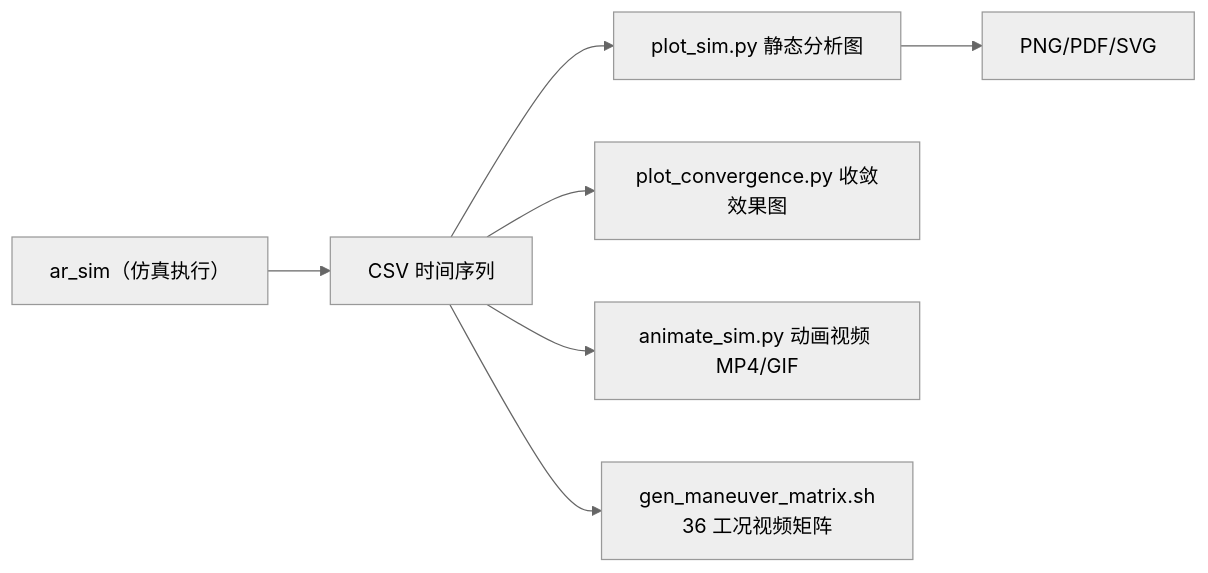
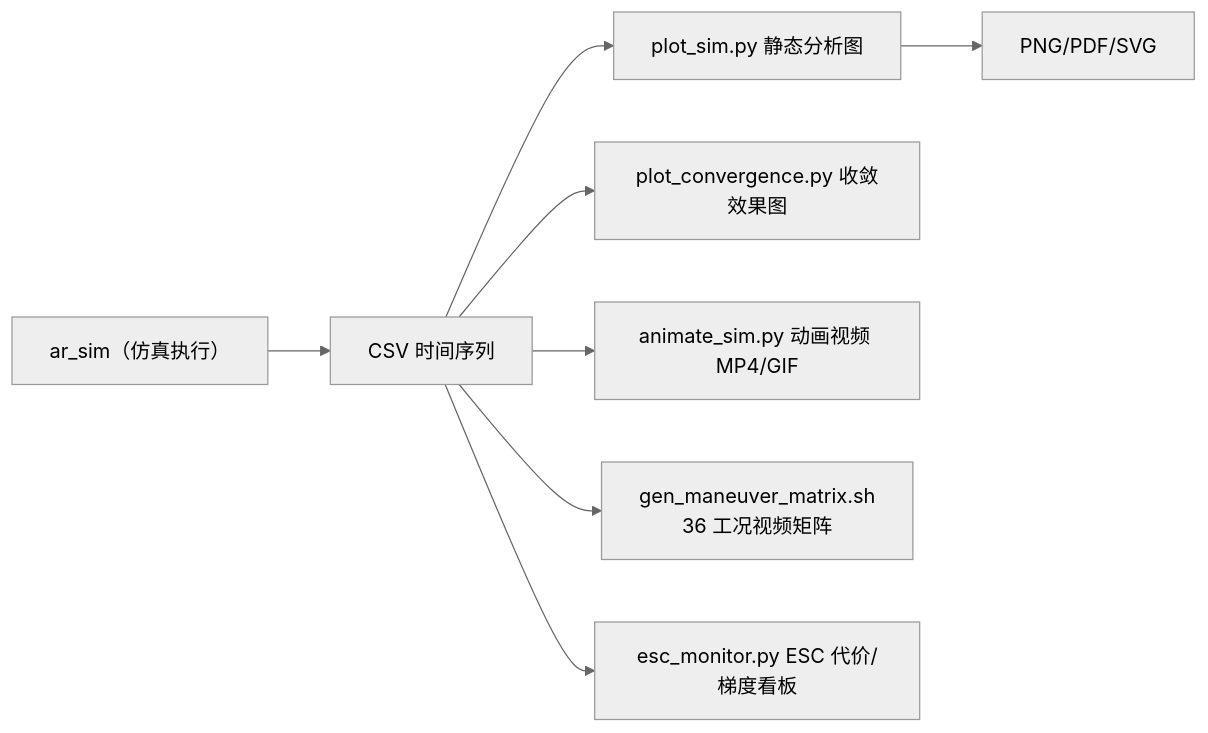
Diagram 17 of 20 in 软件设计与架构文档.md (jimaka/auto_rudder), drawn with Mermaid (neutral theme) before and after one commit. The commit also changed other lines of this file and 24 other files, not shown here.

````diff
--- a/软件设计与架构文档.md
+++ b/软件设计与架构文档.md
@@ -882,9 +883,10 @@
 ```mermaid
 graph LR
     A["ar_sim（仿真执行）"] --> B["CSV 时间序列"]
     B --> C["plot_sim.py 静态分析图"]
     B --> C2["plot_convergence.py 收敛效果图"]
     B --> D["animate_sim.py 动画视频 MP4/GIF"]
     B --> E["gen_maneuver_matrix.sh<br/>36 工况视频矩阵"]
+    B --> G["esc_monitor.py ESC 代价/梯度看板"]
     C --> F["PNG/PDF/SVG"]
 ```
````
